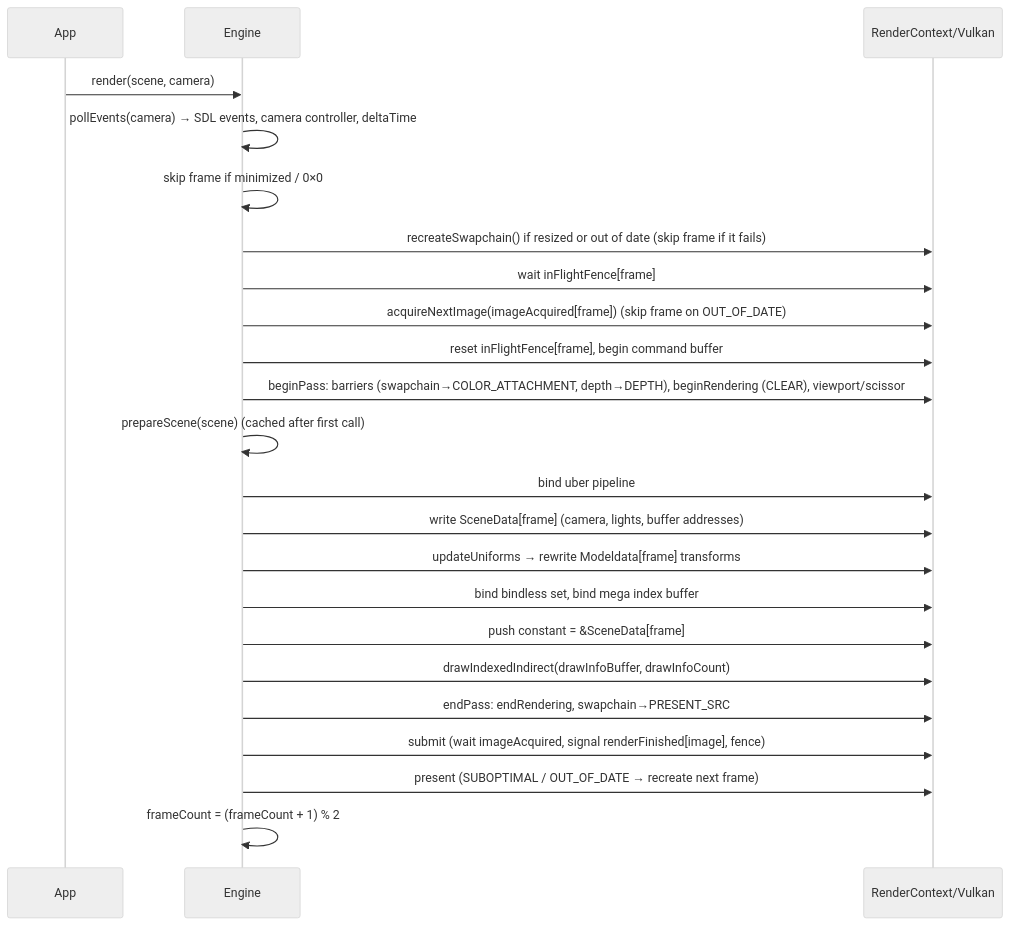
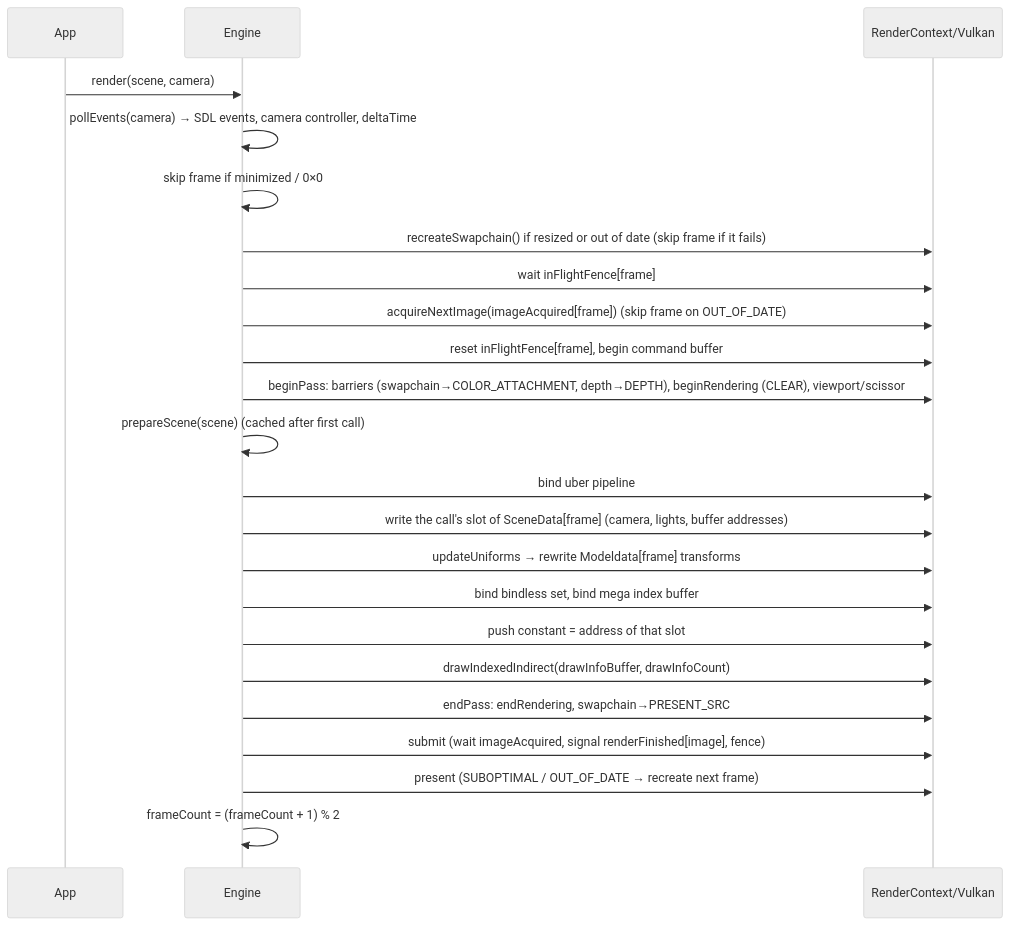
One commit to adel-elmala/rasm changed the second of 3 diagrams in docs/architecture.md. Above: the diagram before and after it, drawn with Mermaid (neutral theme). The commit also changed other lines of this file and 14 other files, not shown here.

````diff
--- a/docs/architecture.md
+++ b/docs/architecture.md
@@ -77,25 +77,25 @@
 ```mermaid
 sequenceDiagram
     participant App
     participant E as Engine
     participant C as RenderContext/Vulkan
     App->>E: render(scene, camera)
     E->>E: pollEvents(camera) → SDL events, camera controller, deltaTime
     E->>E: skip frame if minimized / 0×0
     E->>C: recreateSwapchain() if resized or out of date (skip frame if it fails)
     E->>C: wait inFlightFence[frame]
     E->>C: acquireNextImage(imageAcquired[frame]) (skip frame on OUT_OF_DATE)
     E->>C: reset inFlightFence[frame], begin command buffer
     E->>C: beginPass: barriers (swapchain→COLOR_ATTACHMENT, depth→DEPTH), beginRendering (CLEAR), viewport/scissor
     E->>E: prepareScene(scene) (cached after first call)
     E->>C: bind uber pipeline
-    E->>C: write SceneData[frame] (camera, lights, buffer addresses)
+    E->>C: write the call's slot of SceneData[frame] (camera, lights, buffer addresses)
     E->>C: updateUniforms → rewrite Modeldata[frame] transforms
     E->>C: bind bindless set, bind mega index buffer
-    E->>C: push constant = &SceneData[frame]
+    E->>C: push constant = address of that slot
     E->>C: drawIndexedIndirect(drawInfoBuffer, drawInfoCount)
     E->>C: endPass: endRendering, swapchain→PRESENT_SRC
     E->>C: submit (wait imageAcquired, signal renderFinished[image], fence)
     E->>C: present (SUBOPTIMAL / OUT_OF_DATE → recreate next frame)
     E->>E: frameCount = (frameCount + 1) % 2
 ```
````
